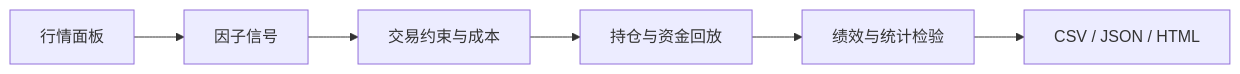
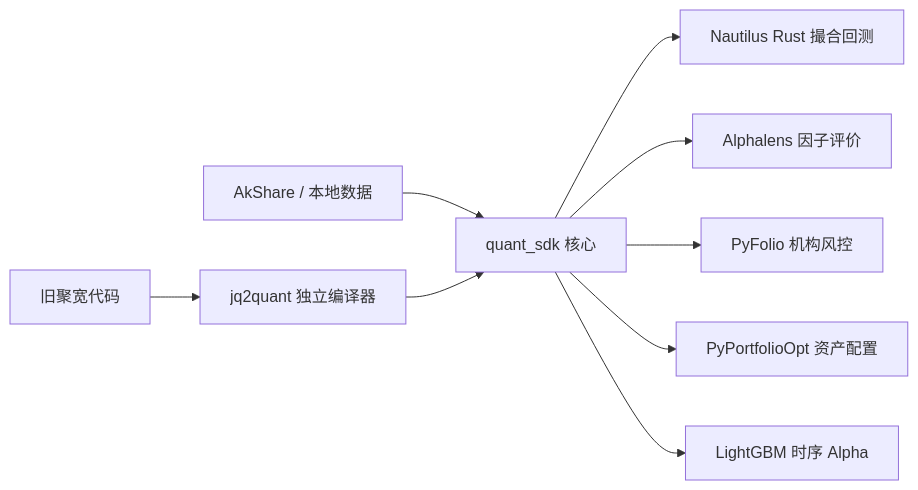
Before and after one commit to weihaoyang/singseq-quant-research: the diagram in README.md, drawn with Mermaid. The commit also changed other lines of this file and 70 other files, not shown here.

Commit message:
feat(open-source): integrate elite quant stack (Nautilus, Alphalens, PyFolio, PyPortfolioOpt, AkShare, LightGBM, TA-Lib/MyTT) and jq2quant transpiler v0.4.0

````diff
--- a/README.md
+++ b/README.md
@@ -23,8 +23,10 @@
 ```mermaid
 flowchart LR
-    A[行情面板] --> B[因子信号]
-    B --> C[交易约束与成本]
-    C --> D[持仓与资金回放]
-    D --> E[绩效与统计检验]
-    E --> F[CSV / JSON / HTML]
+    A[AkShare / 本地数据] --> B[quant_sdk 核心]
+    B --> C[Nautilus Rust 撮合回测]
+    B --> D[Alphalens 因子评价]
+    B --> E[PyFolio 机构风控]
+    B --> F[PyPortfolioOpt 资产配置]
+    B --> G[LightGBM 时序 Alpha]
+    H[旧聚宽代码] --> I[jq2quant 独立编译器] --> B
 ```
````
